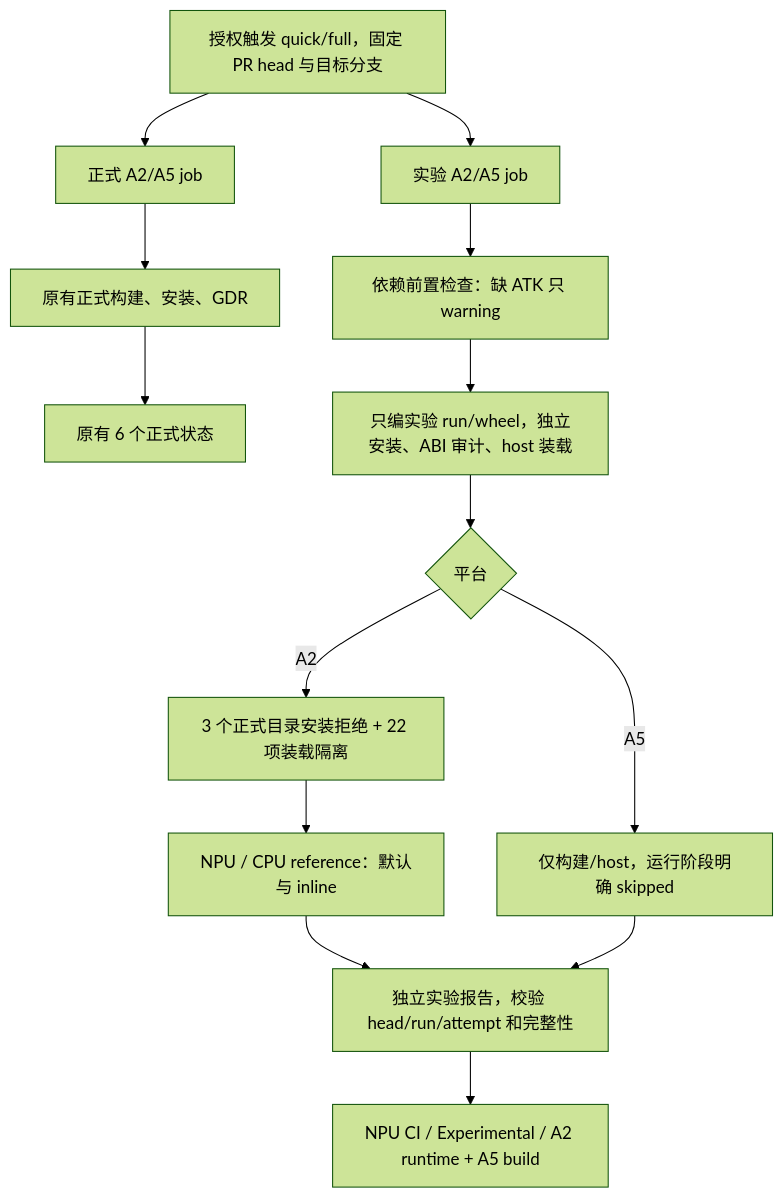
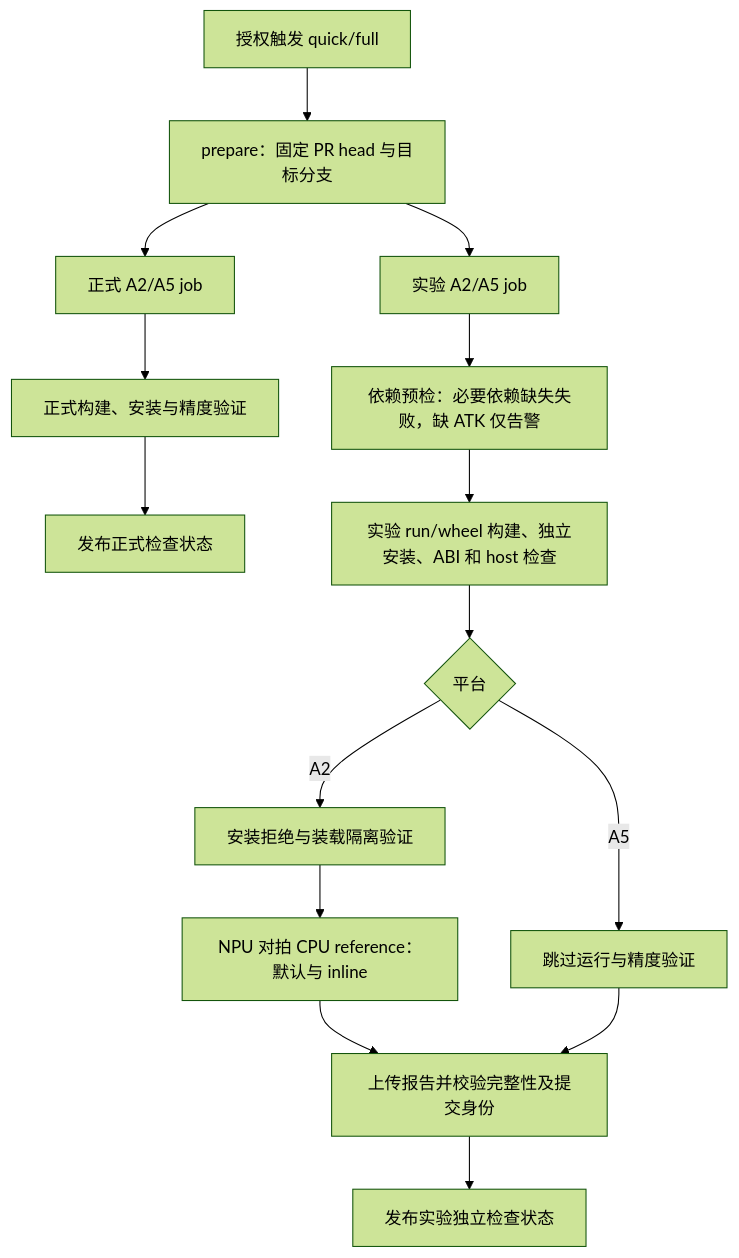
One commit to zzy1205/flash-linear-attention-npu changed the second of 2 diagrams in docs/architecture/experimental 构建适配设计.md. Above: the diagram before and after it, drawn with Mermaid (forest theme). The commit also changed other lines of this file and 2 other files, not shown here.

Commit message:
docs(experimental): clarify support, ABI checks and usage

````diff
--- a/docs/architecture/experimental 构建适配设计.md
+++ b/docs/architecture/experimental 构建适配设计.md
@@ -283,16 +366,17 @@
 ```mermaid
 flowchart TD
-    P[授权触发 quick/full，固定 PR head 与目标分支] --> F[正式 A2/A5 job]
-    P --> E[实验 A2/A5 job]
-    F --> FC[原有正式构建、安装、GDR]
-    FC --> FS[原有 6 个正式状态]
-    E --> D[依赖前置检查：缺 ATK 只 warning]
-    D --> B[只编实验 run/wheel，独立安装、ABI 审计、host 装载]
+    P[授权触发 quick/full] --> V[prepare：固定 PR head 与目标分支]
+    V --> F[正式 A2/A5 job]
+    V --> E[实验 A2/A5 job]
+    F --> FC[正式构建、安装与精度验证]
+    FC --> FS[发布正式检查状态]
+    E --> D[依赖预检：必要依赖缺失失败，缺 ATK 仅告警]
+    D --> B[实验 run/wheel 构建、独立安装、ABI 和 host 检查]
     B --> S{平台}
-    S -->|A2| I[3 个正式目录安装拒绝 + 22 项装载隔离]
-    I --> A[NPU / CPU reference：默认与 inline]
-    S -->|A5| H[仅构建/host，运行阶段明确 skipped]
-    A --> R[独立实验报告，校验 head/run/attempt 和完整性]
+    S -->|A2| I[安装拒绝与装载隔离验证]
+    I --> A[NPU 对拍 CPU reference：默认与 inline]
+    S -->|A5| H[跳过运行与精度验证]
+    A --> R[上传报告并校验完整性及提交身份]
     H --> R
-    R --> ES[NPU CI / Experimental / A2 runtime + A5 build]
+    R --> ES[发布实验独立检查状态]
 ```
````
